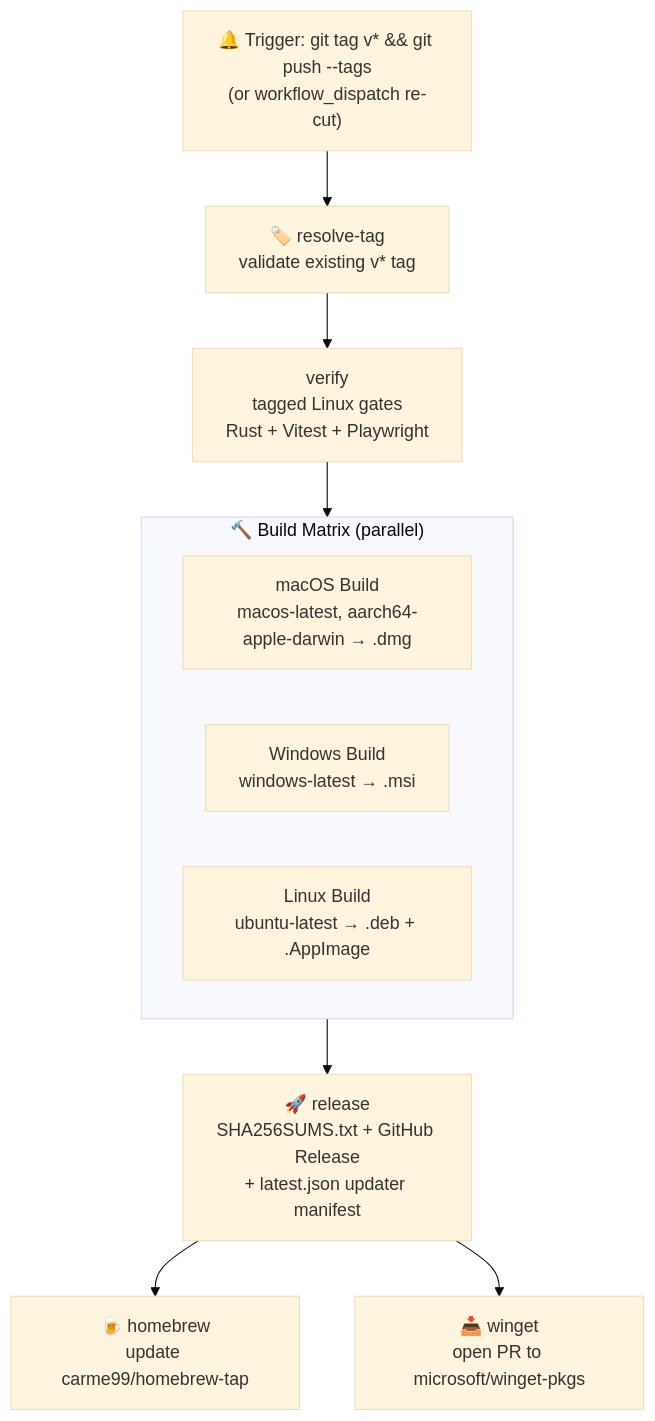
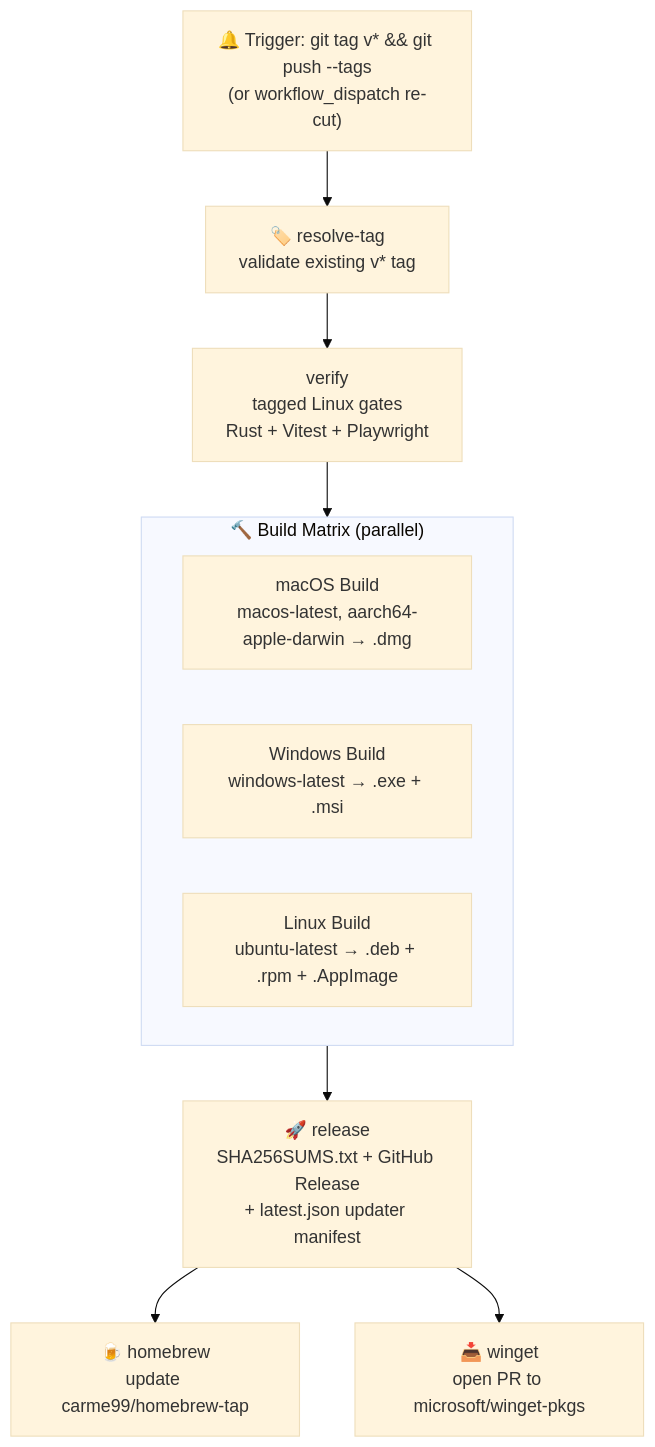
The second of 2 diagrams in docs/architecture/overview.md (Carme99/PresenceJam-Desktop), drawn with Mermaid (base theme) before and after one commit. The commit also changed 6 other files, not shown here.

````diff
--- a/docs/architecture/overview.md
+++ b/docs/architecture/overview.md
@@ -94,17 +94,17 @@
 ```mermaid
 flowchart TD
     Trigger["🔔 Trigger: git tag v* && git push --tags<br/>(or workflow_dispatch re-cut)"]
     Resolve["🏷️ resolve-tag<br/>validate existing v* tag"]
     Verify["verify<br/>tagged Linux gates<br/>Rust + Vitest + Playwright"]
     subgraph Build["🔨 Build Matrix (parallel)"]
         direction LR
         MacBuild["macOS Build<br/>macos-latest, aarch64-apple-darwin → .dmg"]
-        WinBuild["Windows Build<br/>windows-latest → .msi"]
-        LinBuild["Linux Build<br/>ubuntu-latest → .deb + .AppImage"]
+        WinBuild["Windows Build<br/>windows-latest → .exe + .msi"]
+        LinBuild["Linux Build<br/>ubuntu-latest → .deb + .rpm + .AppImage"]
     end
     Release["🚀 release<br/>SHA256SUMS.txt + GitHub Release<br/>+ latest.json updater manifest"]
     Brew["🍺 homebrew<br/>update carme99/homebrew-tap"]
     Winget["📥 winget<br/>open PR to microsoft/winget-pkgs"]
     Trigger --> Resolve --> Verify --> Build --> Release --> Brew
     Release --> Winget
 ```
````
